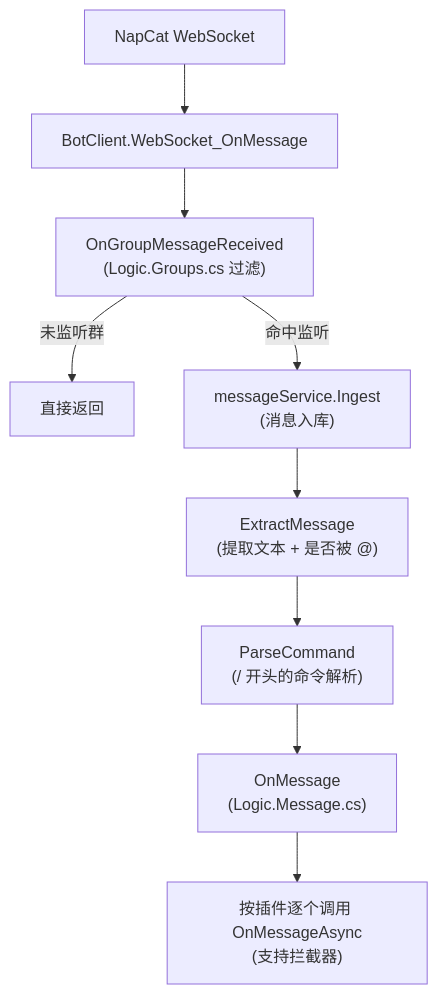
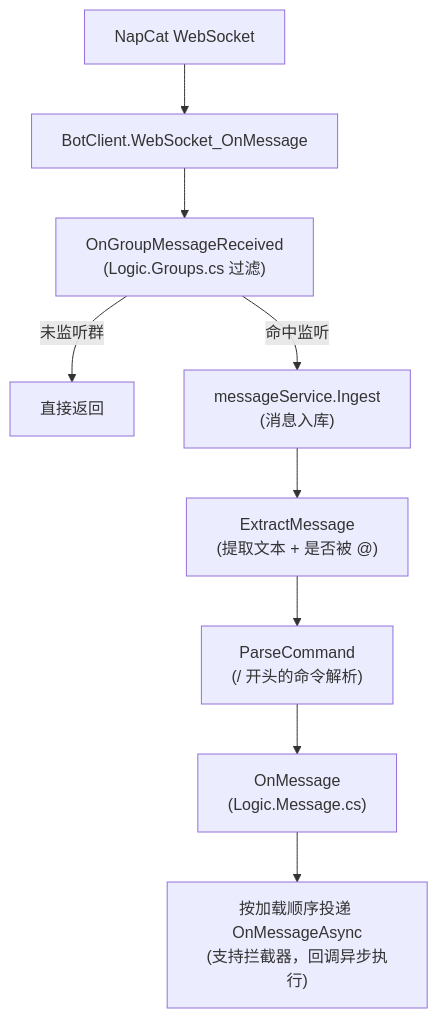
The second of 2 diagrams in docs/architecture/core.md (57UU/MerryBot), drawn with Mermaid before and after one commit. The commit also changed other lines of this file and 10 other files, not shown here.

````diff
--- a/docs/architecture/core.md
+++ b/docs/architecture/core.md
@@ -66,11 +66,11 @@
 ```mermaid
 flowchart TD
     N["NapCat WebSocket"] --> W["BotClient.WebSocket_OnMessage"]
     W --> G["OnGroupMessageReceived<br/>(Logic.Groups.cs 过滤)"]
     G -->|"未监听群"| X["直接返回"]
     G -->|"命中监听"| I["messageService.Ingest<br/>(消息入库)"]
     I --> E["ExtractMessage<br/>(提取文本 + 是否被 @)"]
     E --> P["ParseCommand<br/>(/ 开头的命令解析)"]
     P --> M["OnMessage<br/>(Logic.Message.cs)"]
-    M --> PL["按插件逐个调用 OnMessageAsync<br/>(支持拦截器)"]
+    M --> PL["按加载顺序投递 OnMessageAsync<br/>(支持拦截器，回调异步执行)"]
 ```
````
